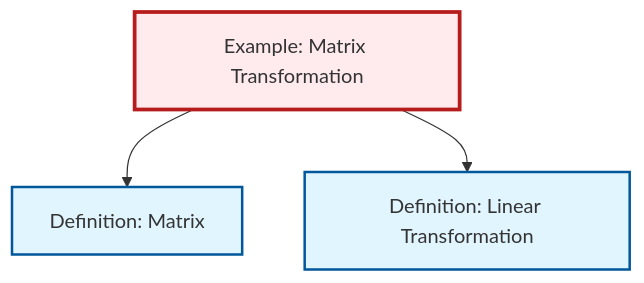
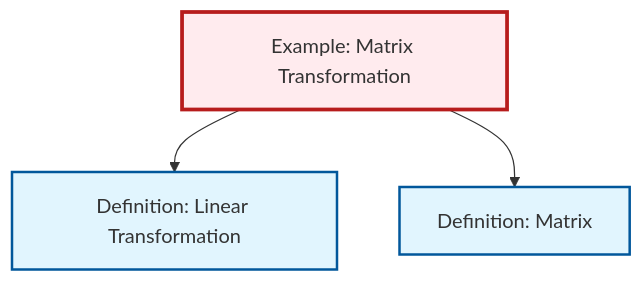
The diagram in content/en/algebra/ex-matrix-transformation.qmd (RK0429/ModernMath), drawn with Mermaid before and after one commit. The commit also changed other lines of this file and 619 other files, not shown here.

````diff
--- a/content/en/algebra/ex-matrix-transformation.qmd
+++ b/content/en/algebra/ex-matrix-transformation.qmd
@@ -52,17 +52,17 @@
 ```{mermaid}
 %%| fig-cap: "Local dependency graph"
 graph TD
     classDef definition fill:#e1f5fe,stroke:#01579b,stroke-width:2px
     classDef theorem fill:#f3e5f5,stroke:#4a148c,stroke-width:2px
     classDef axiom fill:#fff3e0,stroke:#e65100,stroke-width:2px
     classDef example fill:#e8f5e9,stroke:#1b5e20,stroke-width:2px
     classDef current fill:#ffebee,stroke:#b71c1c,stroke-width:3px
+    def-matrix["Definition: Matrix"]:::definition
+    def-linear-transformation["Definition: Linear Transformation"]:::definition
     ex-matrix-transformation["Example: Matrix Transformation"]:::example
-    def-linear-transformation["Definition: Linear Transformation"]:::definition
-    def-matrix["Definition: Matrix"]:::definition
+    ex-matrix-transformation --> def-linear-transformation
     ex-matrix-transformation --> def-matrix
-    ex-matrix-transformation --> def-linear-transformation
     class ex-matrix-transformation current
+    click def-matrix "def-matrix.html" "Go to Matrix definition"
     click def-linear-transformation "def-linear-transformation.html" "Go to Linear Transformation definition"
-    click def-matrix "def-matrix.html" "Go to Matrix definition"
 ```
````
